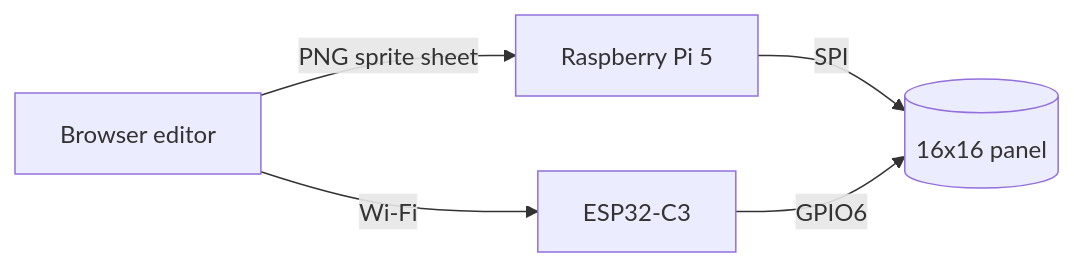
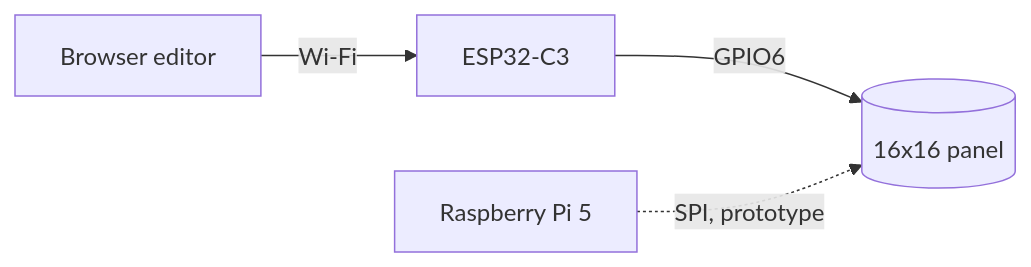
Before and after one commit to dwooods/dwooods.github.io: the first of 2 diagrams in content/posts/pixel-art-you-can-hold.md, drawn with Mermaid. The commit also changed other lines of this file, not shown here.

First line of the commit message:
Pixel art post: focus on the ESP32-C3, Pi 5 as the prototype (#12)

````diff
--- a/content/posts/pixel-art-you-can-hold.md
+++ b/content/posts/pixel-art-you-can-hold.md
@@ -84,7 +92,6 @@
 ```mermaid
 graph LR
-    editor[Browser editor] -->|PNG sprite sheet| pi[Raspberry Pi 5]
-    editor -->|Wi-Fi| c3[ESP32-C3]
-    pi -->|SPI| panel[(16x16 panel)]
-    c3 -->|GPIO6| panel
+    editor[Browser editor] -->|Wi-Fi| c3[ESP32-C3]
+    c3 -->|GPIO6| panel[(16x16 panel)]
+    pi[Raspberry Pi 5] -.->|SPI, prototype| panel
 ```
````
